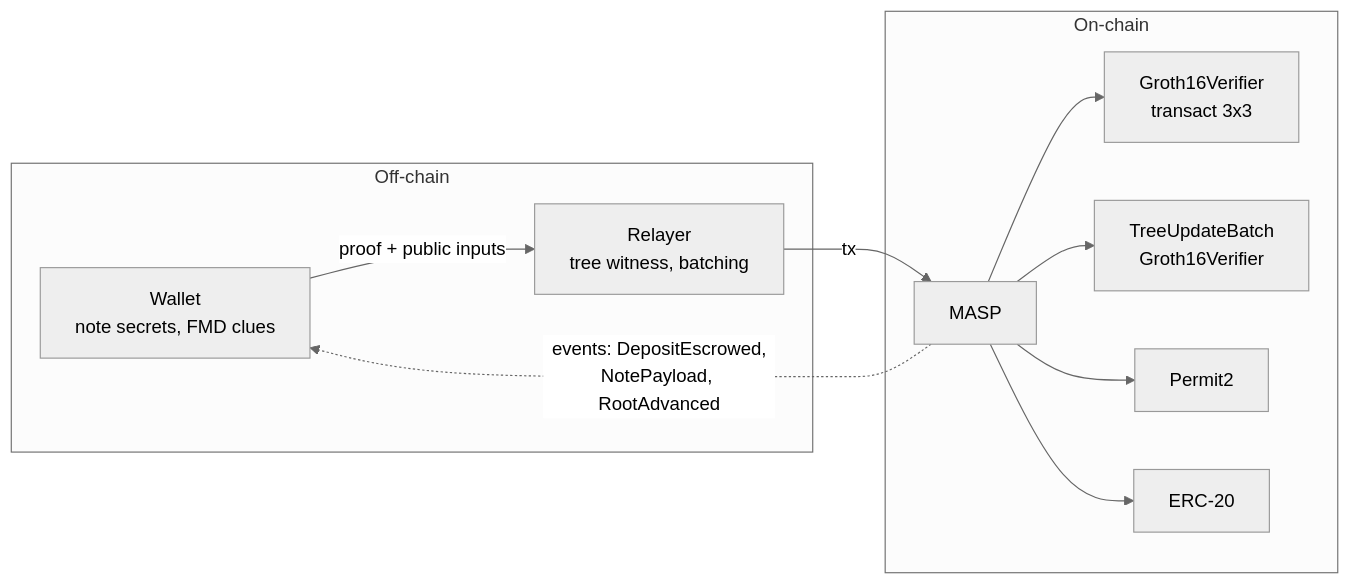
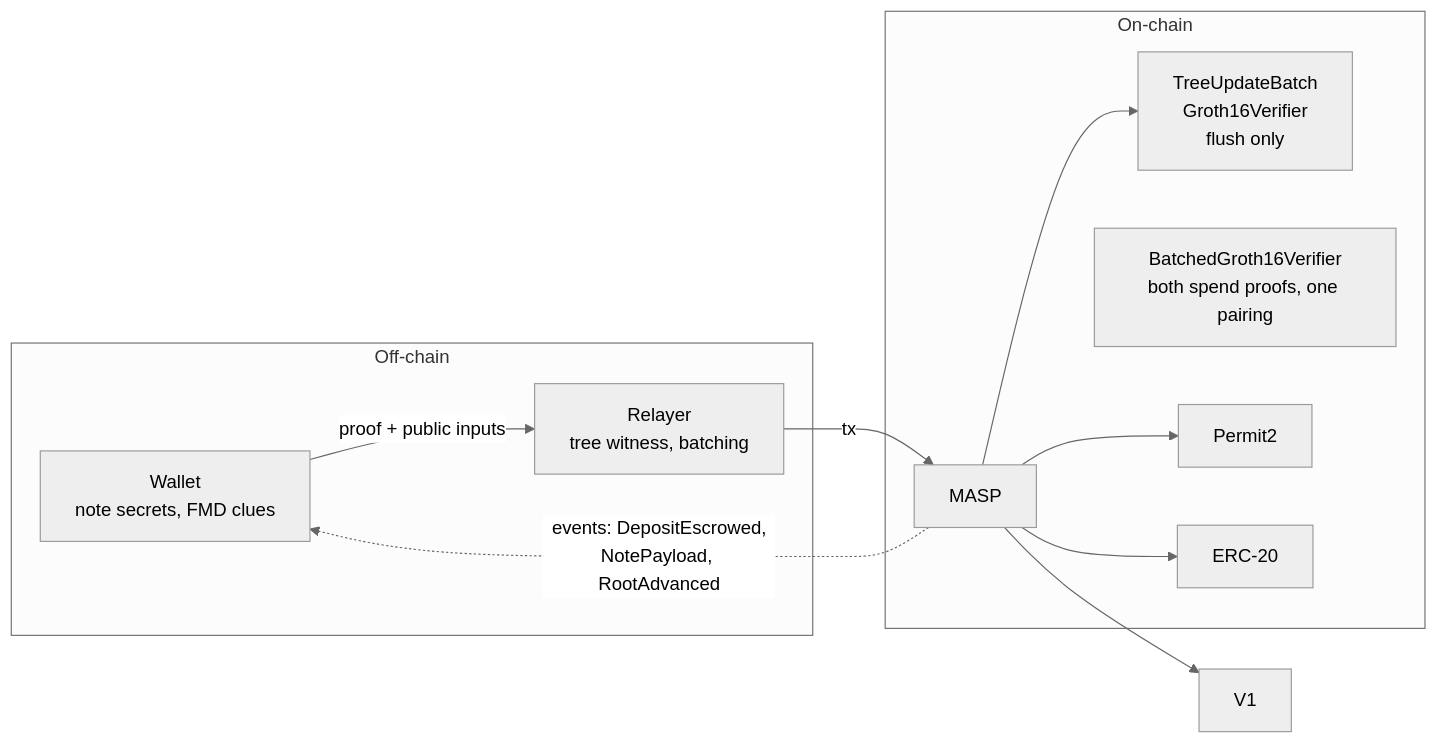
The first of 10 diagrams in src/README.md (lelantos-org/contracts), drawn with Mermaid (neutral theme) before and after one commit. The commit also changed other lines of this file and 62 other files, not shown here.

````diff
--- a/src/README.md
+++ b/src/README.md
@@ -43,23 +45,23 @@
 ```mermaid
 flowchart LR
   subgraph OFFCHAIN["Off-chain"]
     W["Wallet<br/>note secrets, FMD clues"]
     R["Relayer<br/>tree witness, batching"]
   end
 
   subgraph ONCHAIN["On-chain"]
     M["MASP"]
-    V1["Groth16Verifier<br/>transact 3x3"]
-    V2["TreeUpdateBatch<br/>Groth16Verifier"]
+    V2["TreeUpdateBatch<br/>Groth16Verifier<br/>flush only"]
+    BV["BatchedGroth16Verifier<br/>both spend proofs, one pairing"]
     P2["Permit2"]
     T["ERC-20"]
   end
 
   W -->|"proof + public inputs"| R
   R -->|"tx"| M
   M --> V1
   M --> V2
   M --> P2
   M --> T
   M -.->|"events: DepositEscrowed,<br/>NotePayload, RootAdvanced"| W
 ```
````
